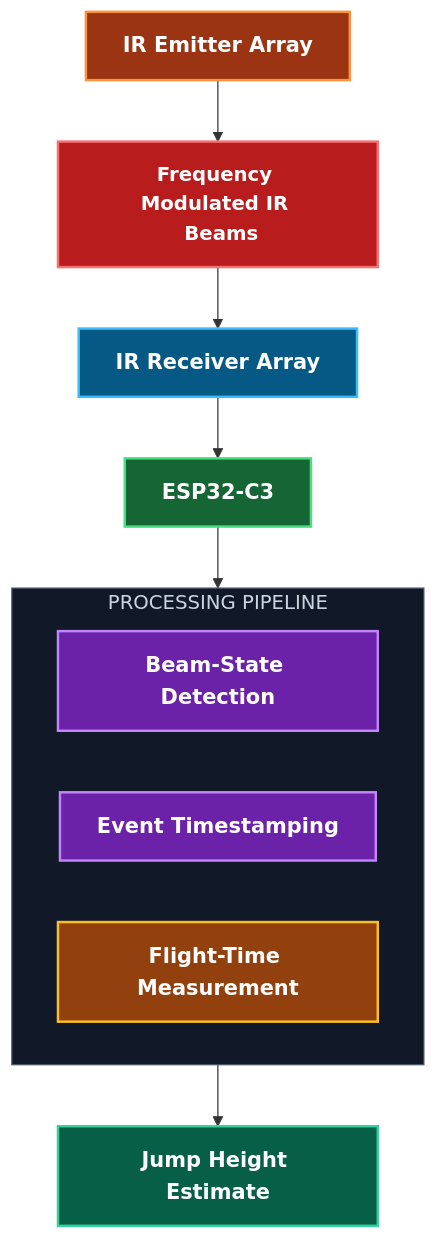
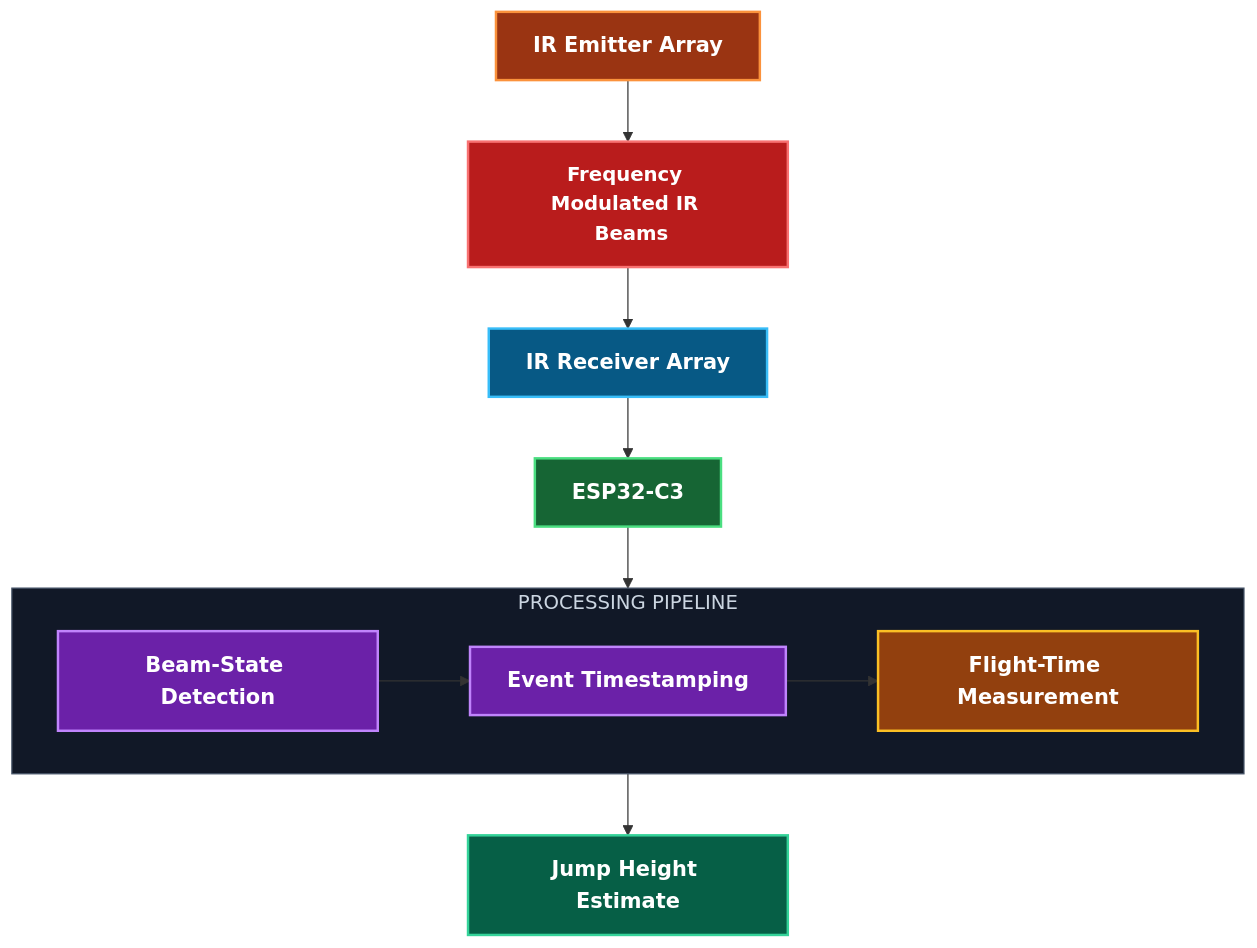
One commit to ah-789/optical-jump-measurement-system changed the diagram in README.md. Above: the diagram before and after it, drawn with Mermaid.

````diff
--- a/README.md
+++ b/README.md
@@ -18,35 +18,36 @@
 ```mermaid
 flowchart TD
 
     A[IR Emitter Array]:::emitter
-    H["Frequency Modulated IR <br/> Beams"]:::beam  
+    H["Frequency Modulated IR <br/> Beams"]:::beam
     B[IR Receiver Array]:::receiver
     C[ESP32-C3]:::controller
     G[Jump Height Estimate]:::output
 
     subgraph PIPELINE["PROCESSING PIPELINE"]
         direction LR
-
+        
         D[Beam-State Detection]:::processing
         E[Event Timestamping]:::processing
         F[Flight-Time Measurement]:::measurement
 
+        D --> E --> F
     end
 
     A --> H
     H --> B
     B --> C
 
     C --> PIPELINE
     PIPELINE --> G
 
     classDef emitter fill:#9A3412,stroke:#FB923C,stroke-width:2px,color:#FFFFFF,font-size:17px,font-weight:bold;
     classDef beam fill:#B91C1C,stroke:#F87171,stroke-width:2px,color:#FFFFFF,font-size:12x,font-weight:bold;
     classDef receiver fill:#075985,stroke:#38BDF8,stroke-width:2px,color:#FFFFFF,font-size:17px,font-weight:bold;
     classDef controller fill:#166534,stroke:#4ADE80,stroke-width:2px,color:#FFFFFF,font-size:17px,font-weight:bold;
     classDef processing fill:#6B21A8,stroke:#C084FC,stroke-width:2px,color:#FFFFFF,font-size:17px,font-weight:bold;
     classDef measurement fill:#92400E,stroke:#FBBF24,stroke-width:2px,color:#FFFFFF,font-size:17px,font-weight:bold;
     classDef output fill:#065F46,stroke:#34D399,stroke-width:2px,color:#FFFFFF,font-size:17px,font-weight:bold;
 
     style PIPELINE fill:#111827,stroke:#475569,stroke-width:1px,color:#CBD5E1
 ```
````
